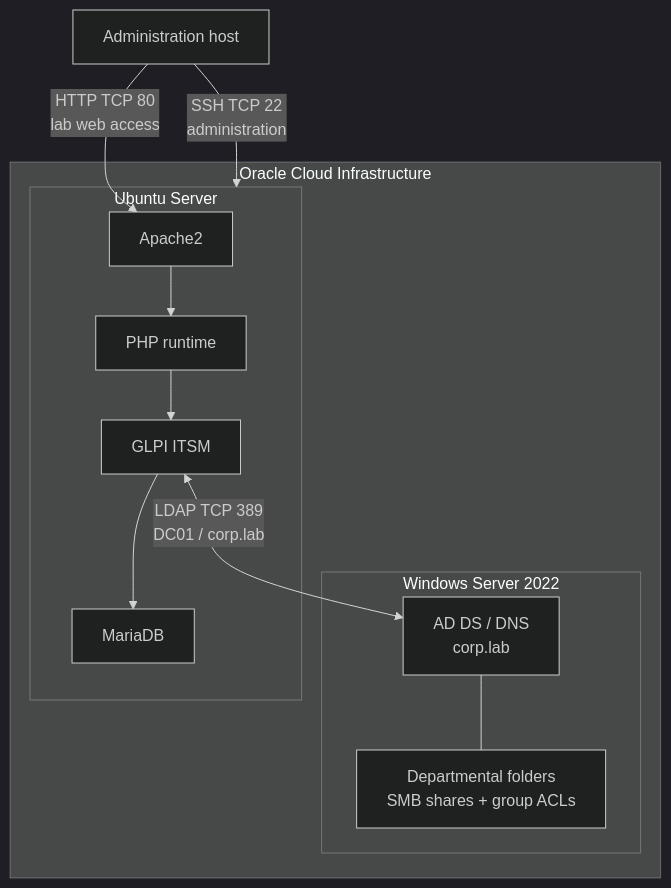
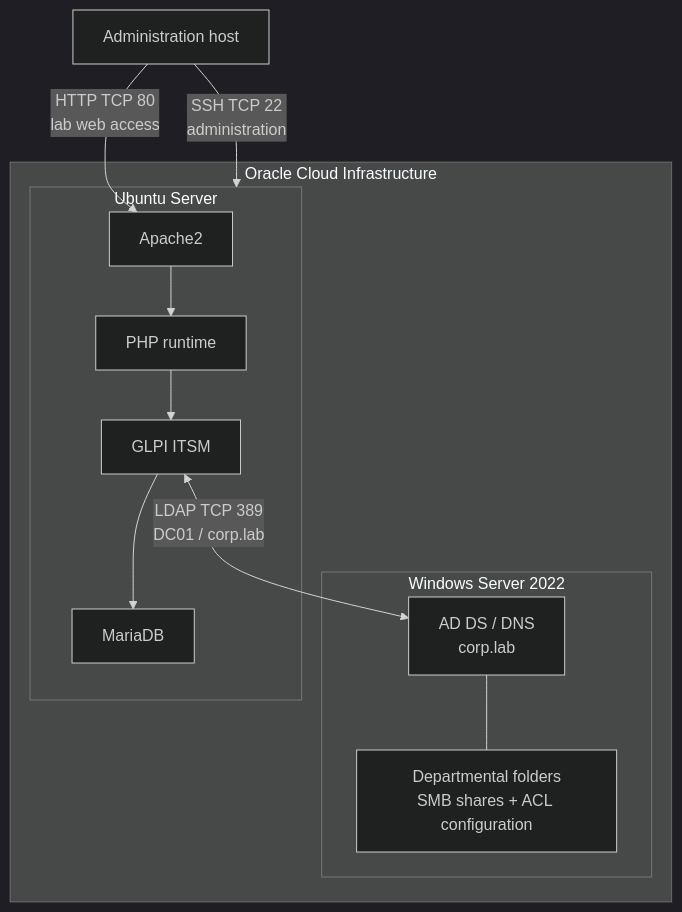
The diagram in docs/architecture.md (Wilson-Nhlanhla-Radebe/corp-lab-active-directory-infrastructure), drawn with Mermaid (dark theme) before and after one commit. The commit also changed other lines of this file and 32 other files, not shown here.

````diff
--- a/docs/architecture.md
+++ b/docs/architecture.md
@@ -12,20 +12,20 @@
 ```mermaid
 flowchart TB
   subgraph OCI[Oracle Cloud Infrastructure]
     subgraph WIN[Windows Server 2022]
       AD[AD DS / DNS<br/>corp.lab]
-      SMB[Departmental folders<br/>SMB shares + group ACLs]
+      SMB[Departmental folders<br/>SMB shares + ACL configuration]
       AD --- SMB
     end
     subgraph LINUX[Ubuntu Server]
       AP[Apache2]
       PHP[PHP runtime]
       GLPI[GLPI ITSM]
       DB[MariaDB]
       AP --> PHP --> GLPI --> DB
     end
   end
   GLPI <-->|LDAP TCP 389<br/>DC01 / corp.lab| AD
   HOST[Administration host] -->|HTTP TCP 80<br/>lab web access| AP
   HOST -->|SSH TCP 22<br/>administration| LINUX
 ```
````
